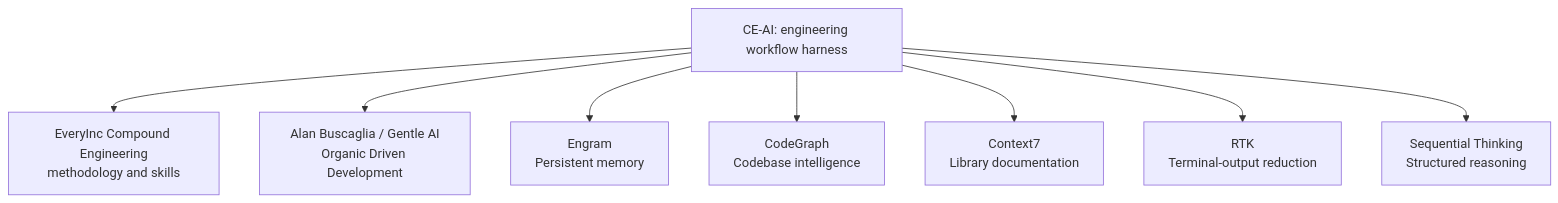
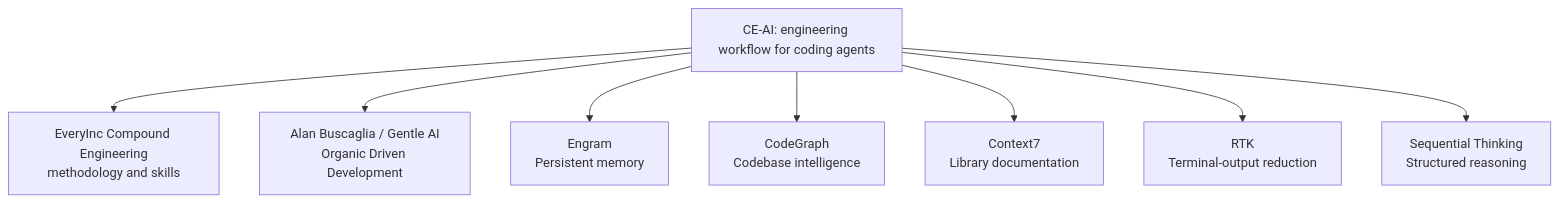
Before and after one commit to mastepanoski/ce-ai: the fifth of 5 diagrams in docs/user-guide/harnesses-loops-and-context-masterclass.md, drawn with Mermaid. The commit also changed other lines of this file and 12 other files, not shown here.

````diff
--- a/docs/user-guide/harnesses-loops-and-context-masterclass.md
+++ b/docs/user-guide/harnesses-loops-and-context-masterclass.md
@@ -128,17 +128,17 @@
 ```mermaid
 flowchart TD
-    CE_AI["CE-AI: engineering workflow harness"] --> CE["EveryInc Compound Engineering
+    CE_AI["CE-AI: engineering workflow for coding agents"] --> CE["EveryInc Compound Engineering
 methodology and skills"]
     CE_AI --> ODD["Alan Buscaglia / Gentle AI
 Organic Driven Development"]
     CE_AI --> ENGRAM["Engram
 Persistent memory"]
     CE_AI --> CODEGRAPH["CodeGraph
 Codebase intelligence"]
     CE_AI --> CONTEXT7["Context7
 Library documentation"]
     CE_AI --> RTK["RTK
 Terminal-output reduction"]
     CE_AI --> SEQ["Sequential Thinking
 Structured reasoning"]
 ```
````
